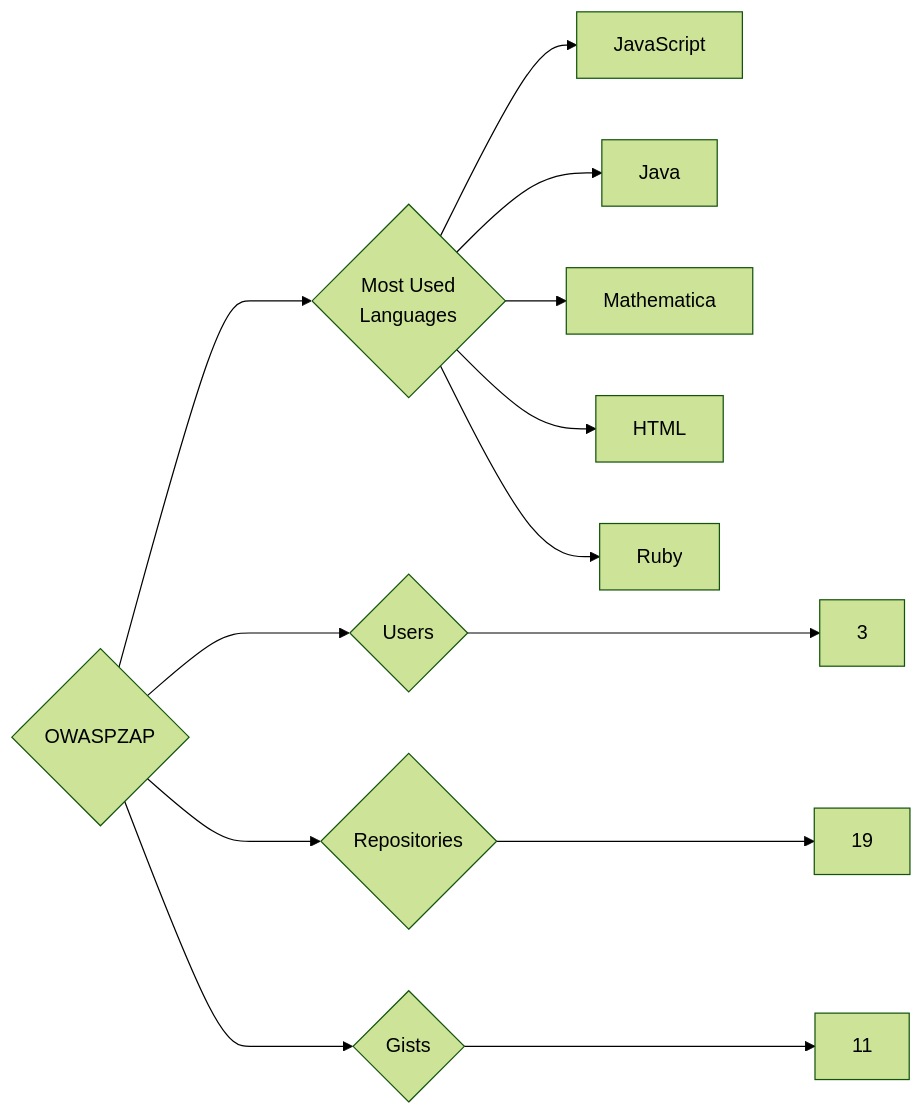
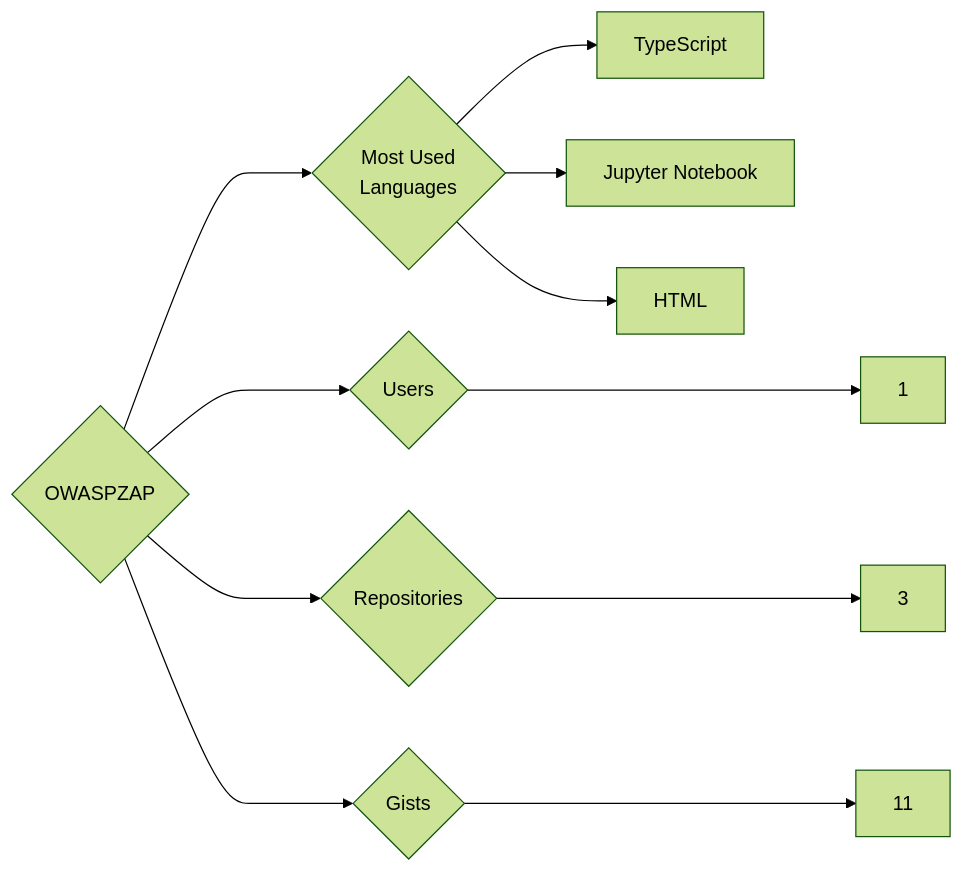
Before and after one commit to trickest/insiders: the diagram in targets/OWASPZAP/README.md, drawn with Mermaid (forest theme). The commit also changed 1389 other files, not shown here.

````diff
--- a/targets/OWASPZAP/README.md
+++ b/targets/OWASPZAP/README.md
@@ -3,13 +3,11 @@
 ```mermaid
 graph LR
 COMPANY_NAME{OWASPZAP}
-COMPANY_NAME ---> U{Users} ---> UN[3]
-COMPANY_NAME ---> R{Repositories} ---> RN[19]
+COMPANY_NAME ---> U{Users} ---> UN[1]
+COMPANY_NAME ---> R{Repositories} ---> RN[3]
 COMPANY_NAME ---> G{Gists} ---> GN[11]
 COMPANY_NAME ---> ML{Most Used<br>Languages}
-ML --> JavaScript[JavaScript]
-ML --> Java[Java]
-ML --> Mathematica[Mathematica]
+ML --> TypeScript[TypeScript]
+ML --> Jupyter_Notebook[Jupyter Notebook]
 ML --> HTML[HTML]
-ML --> Ruby[Ruby]
 ```
````
